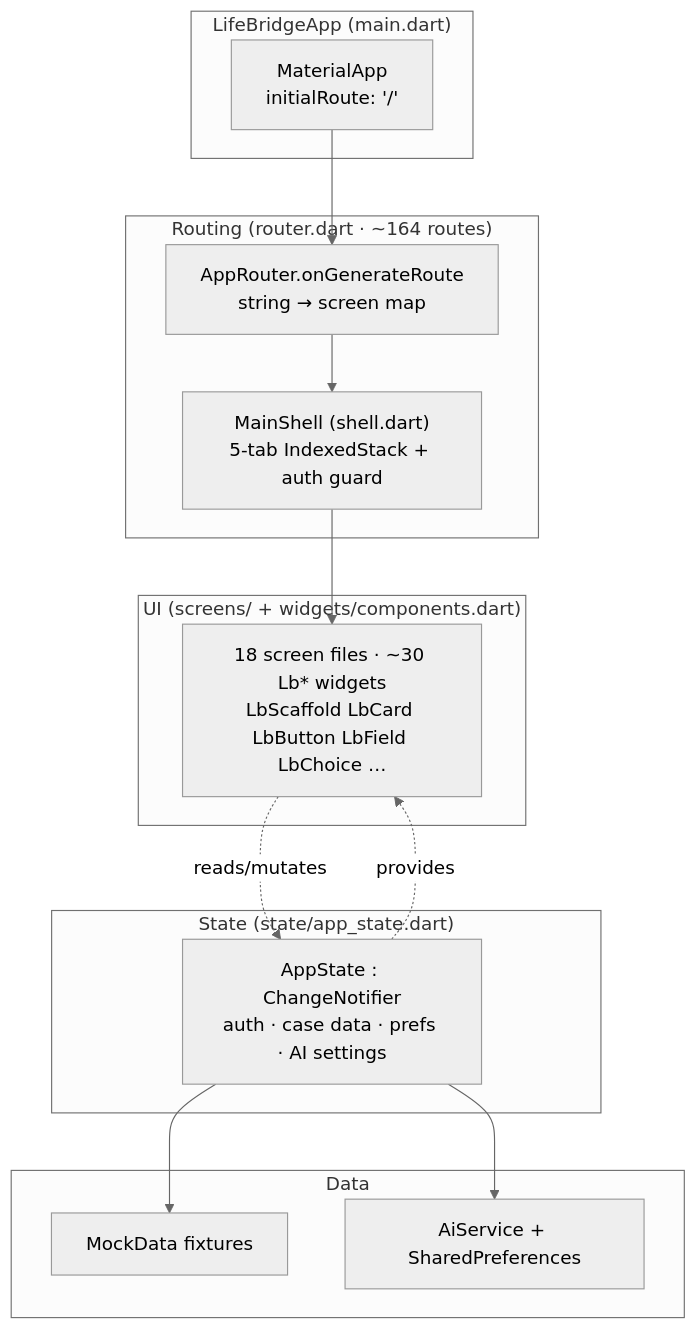
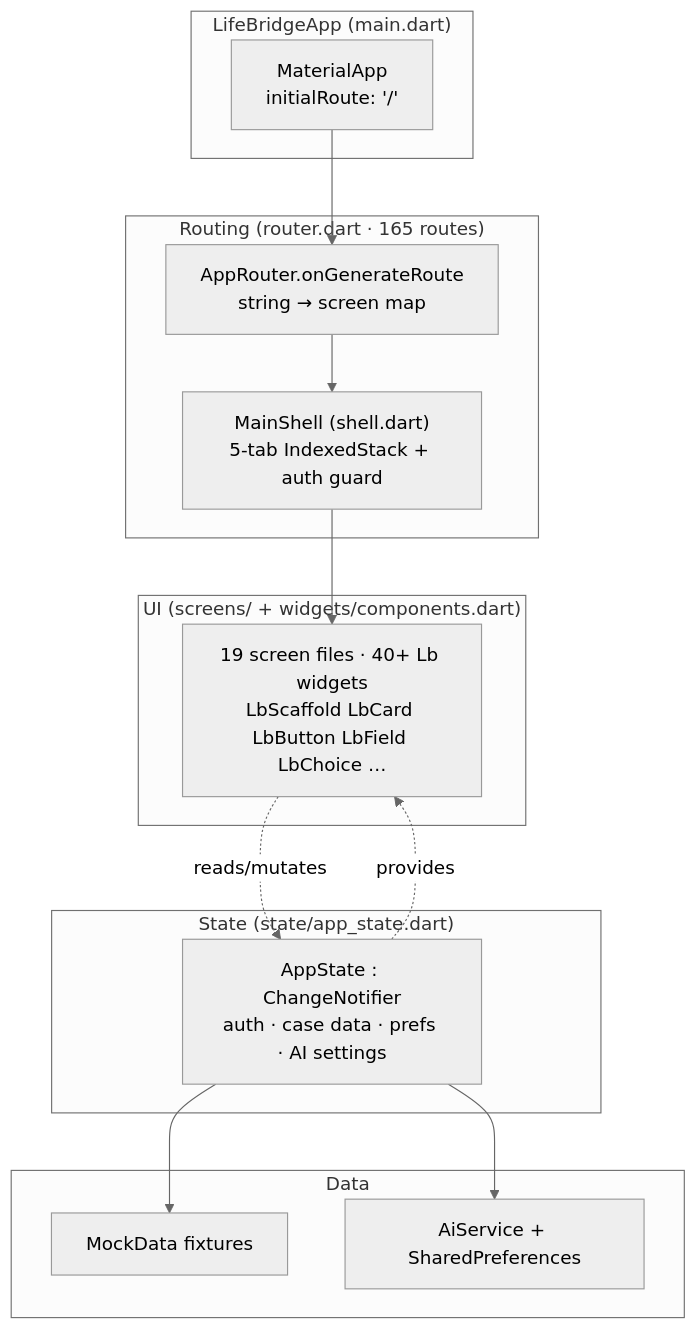
The second of 3 diagrams in README.md (student-arch/lifebridge), drawn with Mermaid (neutral theme) before and after one commit. The commit also changed other lines of this file, not shown here.

First line of the commit message:
Fix README accuracy: verified counts, diagram syntax, fresh captions

````diff
--- a/README.md
+++ b/README.md
@@ -90,25 +90,25 @@
 ```mermaid
 flowchart TB
     subgraph App["LifeBridgeApp (main.dart)"]
         MS["MaterialApp<br/>initialRoute: '/'"]
     end
     subgraph State["State (state/app_state.dart)"]
         AS["AppState : ChangeNotifier<br/>auth · case data · prefs · AI settings"]
     end
-    subgraph Nav["Routing (router.dart · ~164 routes)"]
+    subgraph Nav["Routing (router.dart · 165 routes)"]
         R["AppRouter.onGenerateRoute<br/>string → screen map"]
         SH["MainShell (shell.dart)<br/>5-tab IndexedStack + auth guard"]
     end
     subgraph UI["UI (screens/ + widgets/components.dart)"]
-        SCR["18 screen files · ~30 Lb* widgets<br/>LbScaffold LbCard LbButton LbField LbChoice …"]
+        SCR["19 screen files · 40+ Lb widgets<br/>LbScaffold LbCard LbButton LbField LbChoice …"]
     end
     subgraph Data["Data"]
         MD["MockData fixtures"]
         SVC["AiService + SharedPreferences"]
     end
     MS --> R --> SH --> SCR
     AS -. provides .-> SCR
     SCR -. reads/mutates .-> AS
     AS --> MD
     AS --> SVC
 ```
````
